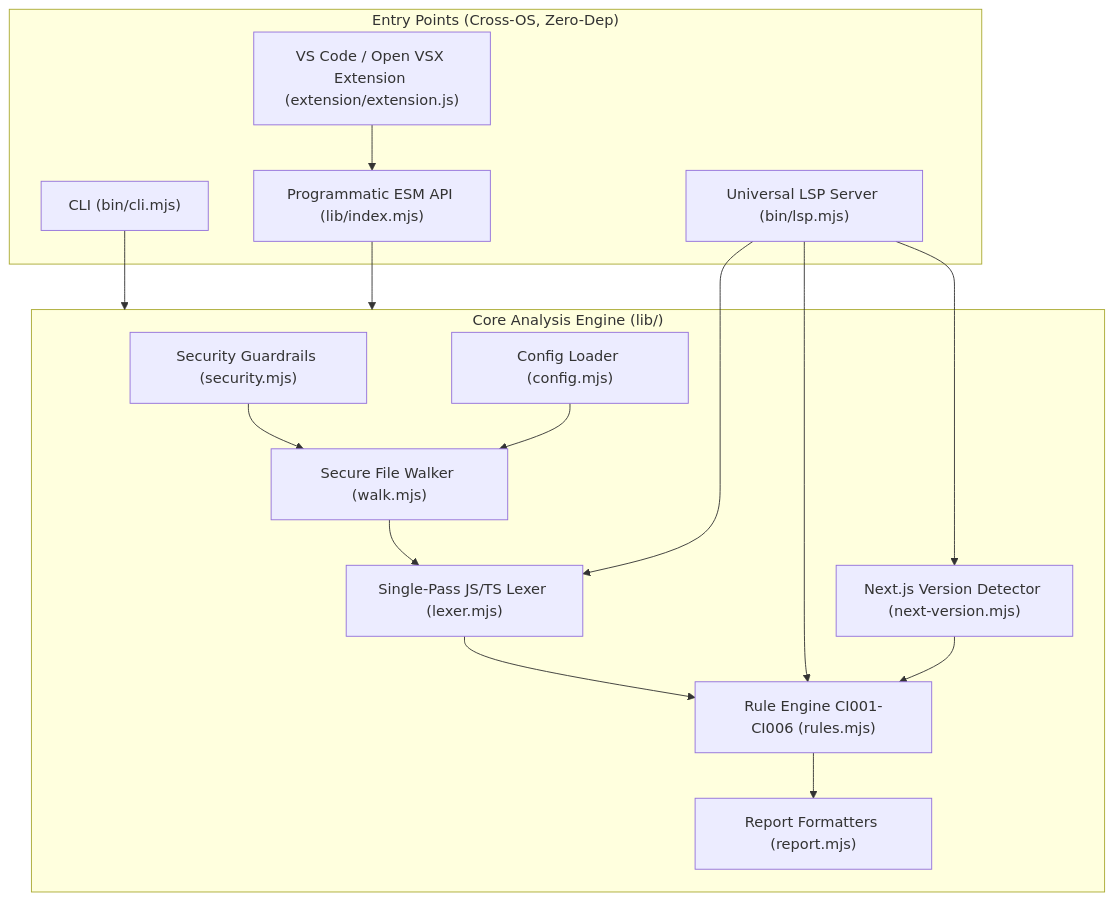
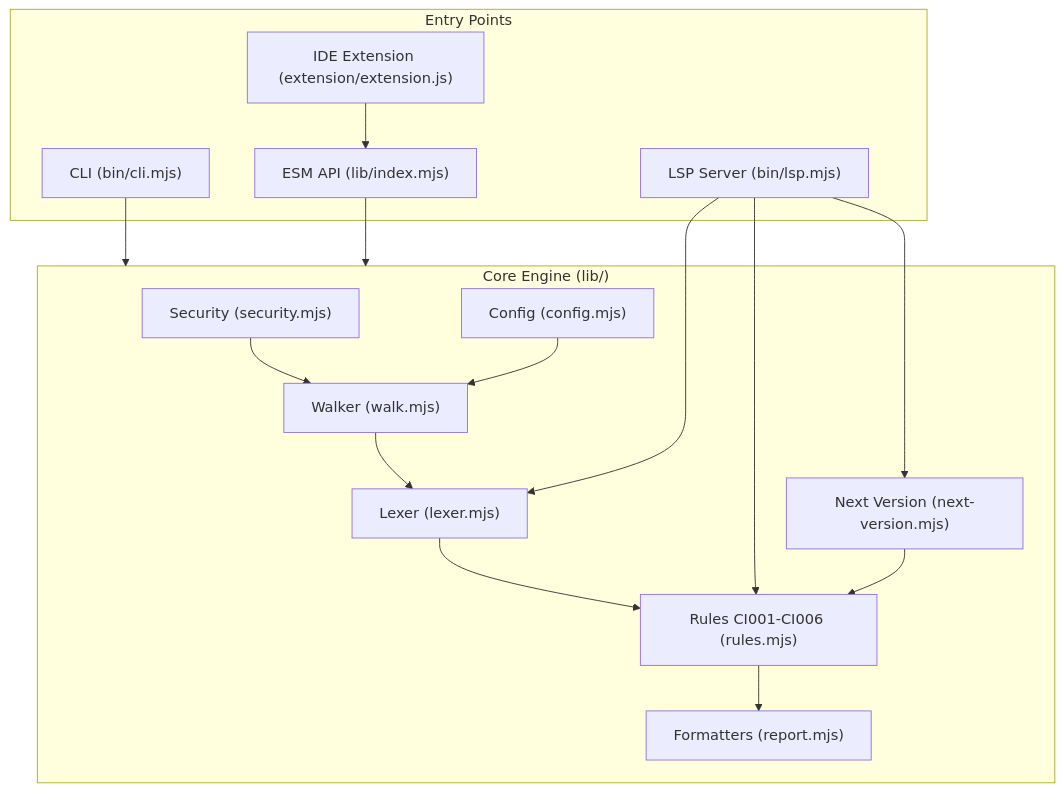
One commit to AbdullahJan-007/Cache-Inspector-Scan changed the diagram in docs/architecture.md. Above: the diagram before and after it, drawn with Mermaid. The commit also changed other lines of this file and 4 other files, not shown here.

Commit message:
docs: polish Open VSX README, package descriptions, PRD/architecture (extension v2.0.2)

````diff
--- a/docs/architecture.md
+++ b/docs/architecture.md
@@ -5,33 +7,33 @@
 ```mermaid
 flowchart TD
-    subgraph Interfaces["Entry Points (Cross-OS, Zero-Dep)"]
+    subgraph Interfaces["Entry Points"]
         CLI["CLI (bin/cli.mjs)"]
-        API["Programmatic ESM API (lib/index.mjs)"]
-        LSP["Universal LSP Server (bin/lsp.mjs)"]
-        VSC["VS Code / Open VSX Extension (extension/extension.js)"]
+        API["ESM API (lib/index.mjs)"]
+        LSP["LSP Server (bin/lsp.mjs)"]
+        VSC["IDE Extension (extension/extension.js)"]
     end
 
-    subgraph Core["Core Analysis Engine (lib/)"]
-        SEC["Security Guardrails (security.mjs)"]
-        CFG["Config Loader (config.mjs)"]
-        VER["Next.js Version Detector (next-version.mjs)"]
-        WALK["Secure File Walker (walk.mjs)"]
-        LEX["Single-Pass JS/TS Lexer (lexer.mjs)"]
-        RULES["Rule Engine CI001-CI006 (rules.mjs)"]
-        REP["Report Formatters (report.mjs)"]
+    subgraph Core["Core Engine (lib/)"]
+        SEC["Security (security.mjs)"]
+        CFG["Config (config.mjs)"]
+        VER["Next Version (next-version.mjs)"]
+        WALK["Walker (walk.mjs)"]
+        LEX["Lexer (lexer.mjs)"]
+        RULES["Rules CI001-CI006 (rules.mjs)"]
+        REP["Formatters (report.mjs)"]
     end
 
     CLI --> Core
     API --> Core
     LSP --> LEX
     LSP --> RULES
     LSP --> VER
     VSC --> API
 
     SEC --> WALK
     CFG --> WALK
     WALK --> LEX
     LEX --> RULES
     VER --> RULES
     RULES --> REP
 ```
````
